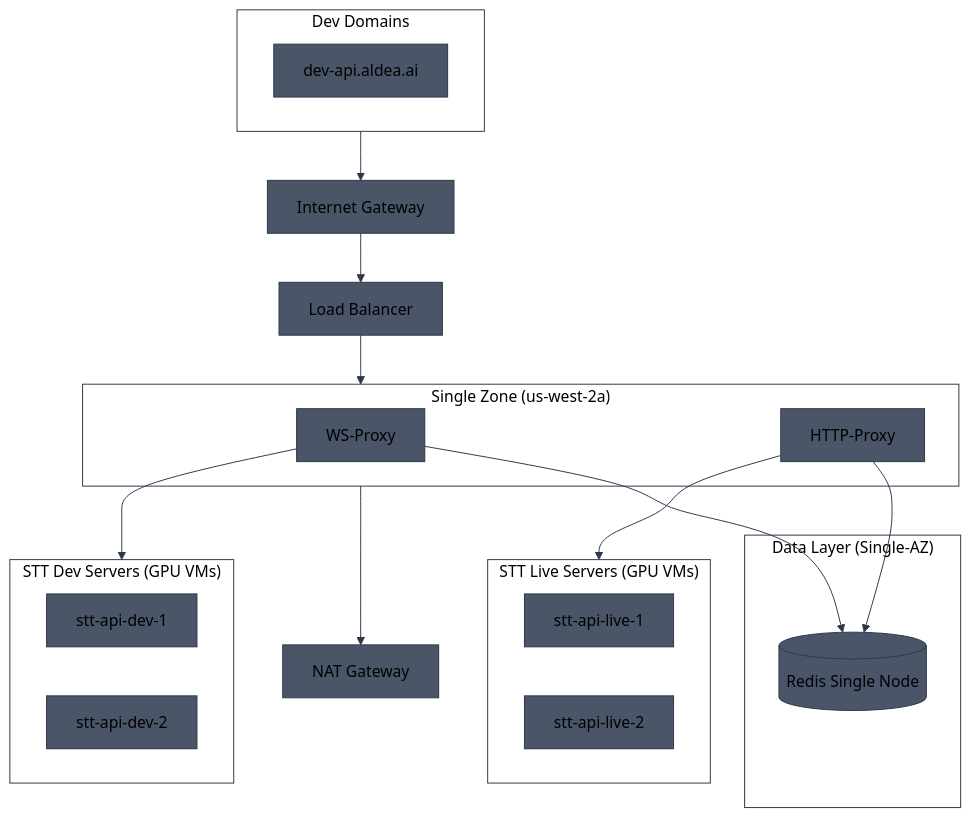
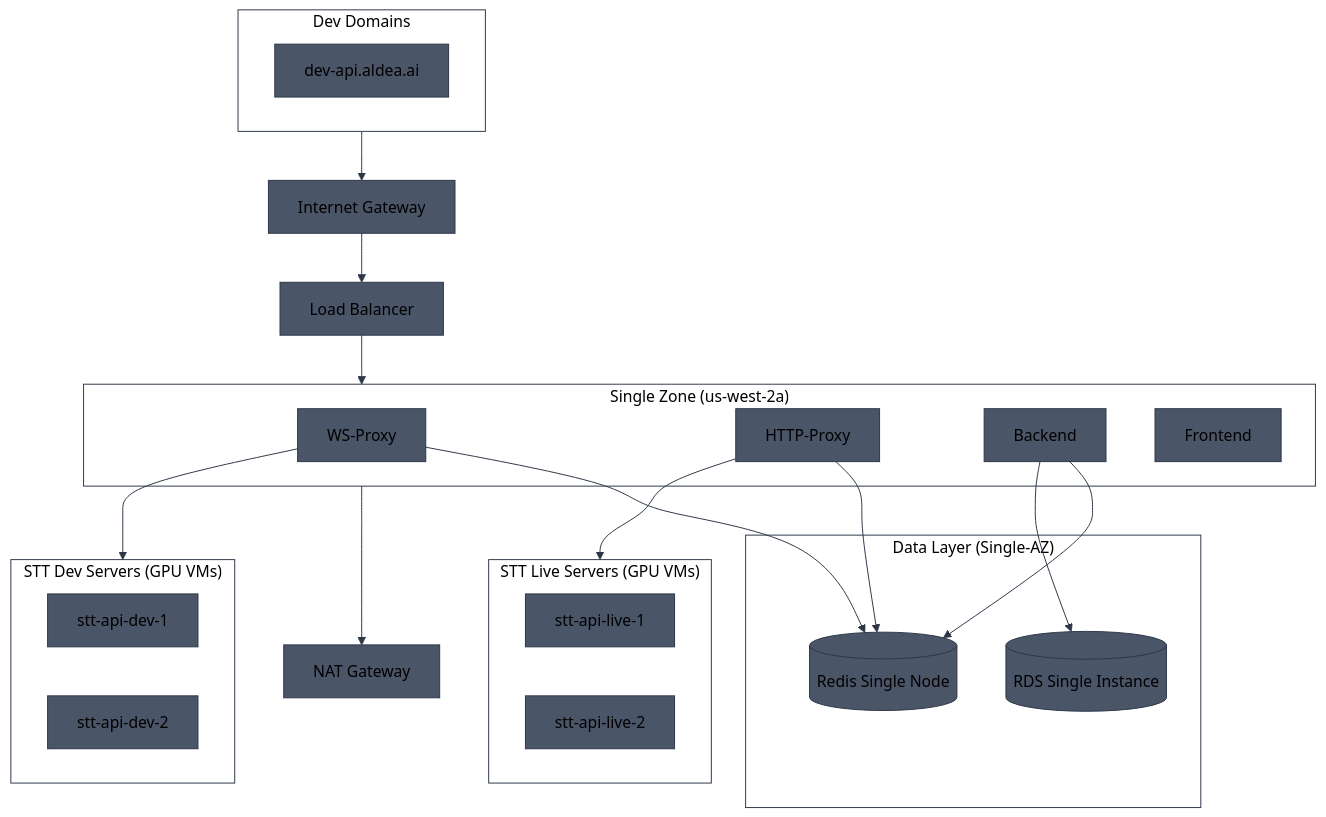
The seventh of 8 diagrams in diagrams/ecs-architecture.md (aldea-ai/infrastructure-docs), drawn with Mermaid before and after one commit. The commit also changed other lines of this file, not shown here.

Commit message:
Add Frontend and Backend services to architecture diagrams

````diff
--- a/diagrams/ecs-architecture.md
+++ b/diagrams/ecs-architecture.md
@@ -267,36 +279,40 @@
 ```mermaid
 %%{init: {'theme': 'base', 'themeVariables': { 'primaryColor': '#4a5568', 'primaryTextColor': '#000', 'primaryBorderColor': '#2d3748', 'lineColor': '#2d3748', 'secondaryColor': '#5a6577', 'tertiaryColor': '#6b7280', 'clusterBkg': 'transparent', 'clusterBorder': '#2d3748', 'titleColor': '#000'}}}%%
 flowchart TB
     subgraph Domains["Dev Domains"]
         D1[dev-api.aldea.ai]
     end
 
     IGW[Internet Gateway]
     ALB[Load Balancer]
     NAT[NAT Gateway]
 
     subgraph AZ_A["Single Zone (us-west-2a)"]
         WS[WS-Proxy]
         HTTP[HTTP-Proxy]
+        BE[Backend]
+        FE[Frontend]
     end
 
     subgraph Data["Data Layer (Single-AZ)"]
         REDIS[(Redis Single Node)]
+        RDS[(RDS Single Instance)]
     end
 
     subgraph STT_Live["STT Live Servers (GPU VMs)"]
         LIVE1[stt-api-live-1]
         LIVE2[stt-api-live-2]
     end
 
     subgraph STT_Dev["STT Dev Servers (GPU VMs)"]
         DEV1[stt-api-dev-1]
         DEV2[stt-api-dev-2]
     end
 
     Domains --> IGW --> ALB --> AZ_A
     AZ_A --> NAT
     WS & HTTP --> REDIS
+    BE --> REDIS & RDS
     HTTP --> STT_Live
     WS --> STT_Dev
 ```
````
